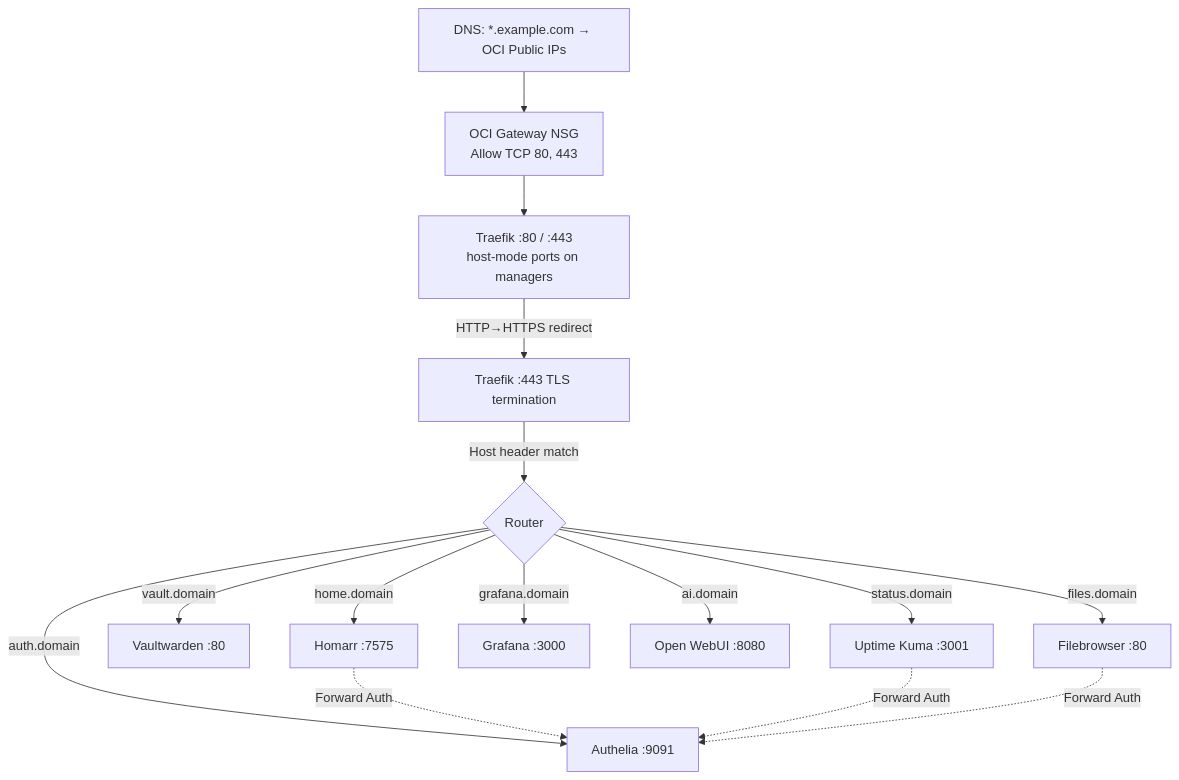
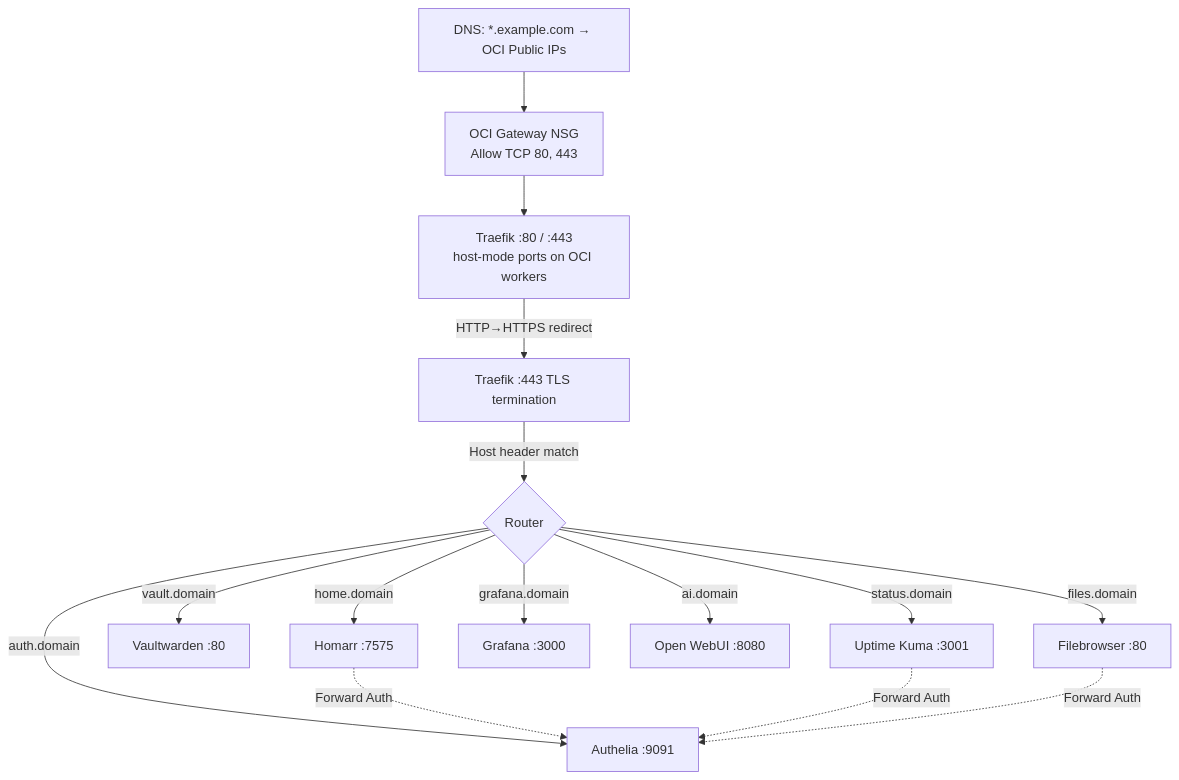
Before and after one commit to JoseStud/GoodOldMeServer: the fourth of 4 diagrams in docs/network-architecture.md, drawn with Mermaid. The commit also changed other lines of this file and 9 other files, not shown here.

First line of the commit message:
Update documentation for Ansible playbook paths, backup strategy, deployment runbook, and network architecture

````diff
--- a/docs/network-architecture.md
+++ b/docs/network-architecture.md
@@ -211,18 +213,18 @@
 ```mermaid
 flowchart TD
     DNS[DNS: *.example.com → OCI Public IPs] --> FW[OCI Gateway NSG<br/>Allow TCP 80, 443]
-    FW --> T[Traefik :80 / :443<br/>host-mode ports on managers]
+    FW --> T[Traefik :80 / :443<br/>host-mode ports on OCI workers]
     T -->|HTTP→HTTPS redirect| T443[Traefik :443 TLS termination]
     T443 -->|Host header match| R{Router}
     R -->|auth.domain| AUTH[Authelia :9091]
     R -->|home.domain| HOM[Homarr :7575]
     R -->|vault.domain| VW[Vaultwarden :80]
     R -->|status.domain| UK[Uptime Kuma :3001]
     R -->|grafana.domain| GF[Grafana :3000]
     R -->|ai.domain| OW[Open WebUI :8080]
     R -->|files.domain| FB[Filebrowser :80]
 
     HOM -.->|Forward Auth| AUTH
     UK -.->|Forward Auth| AUTH
     FB -.->|Forward Auth| AUTH
 ```
````
